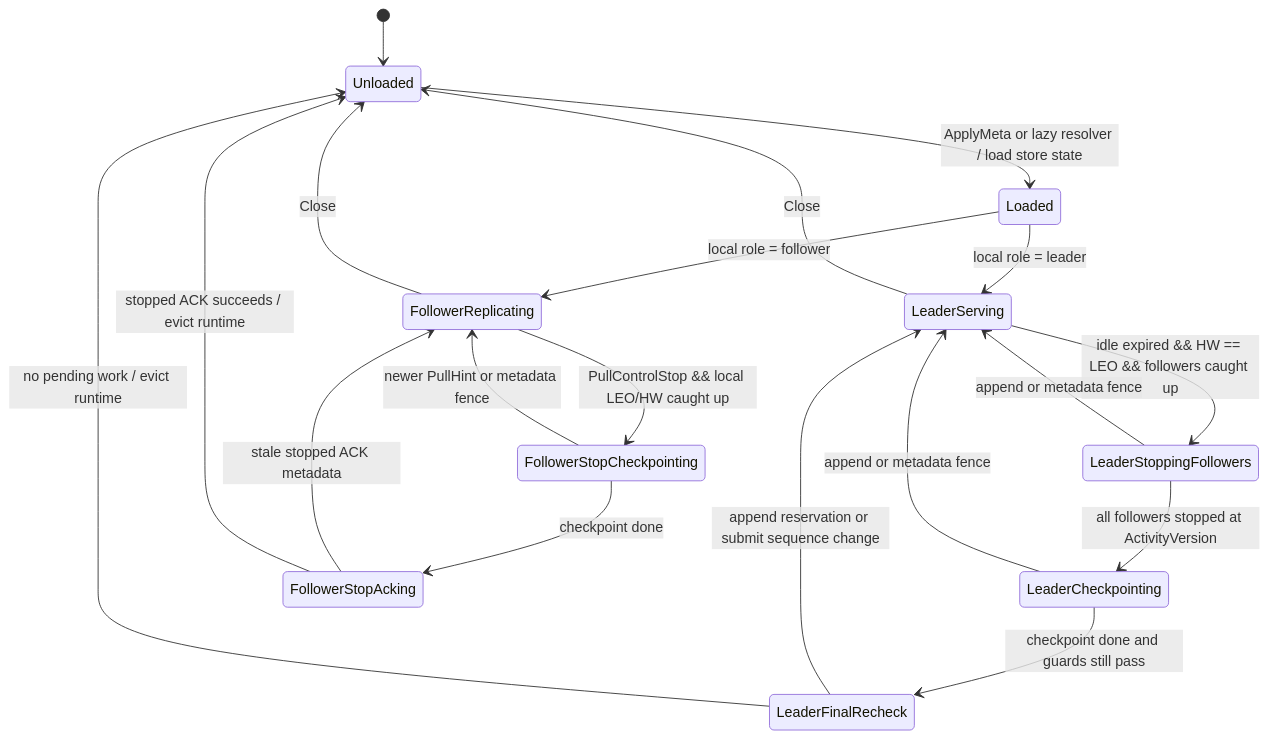
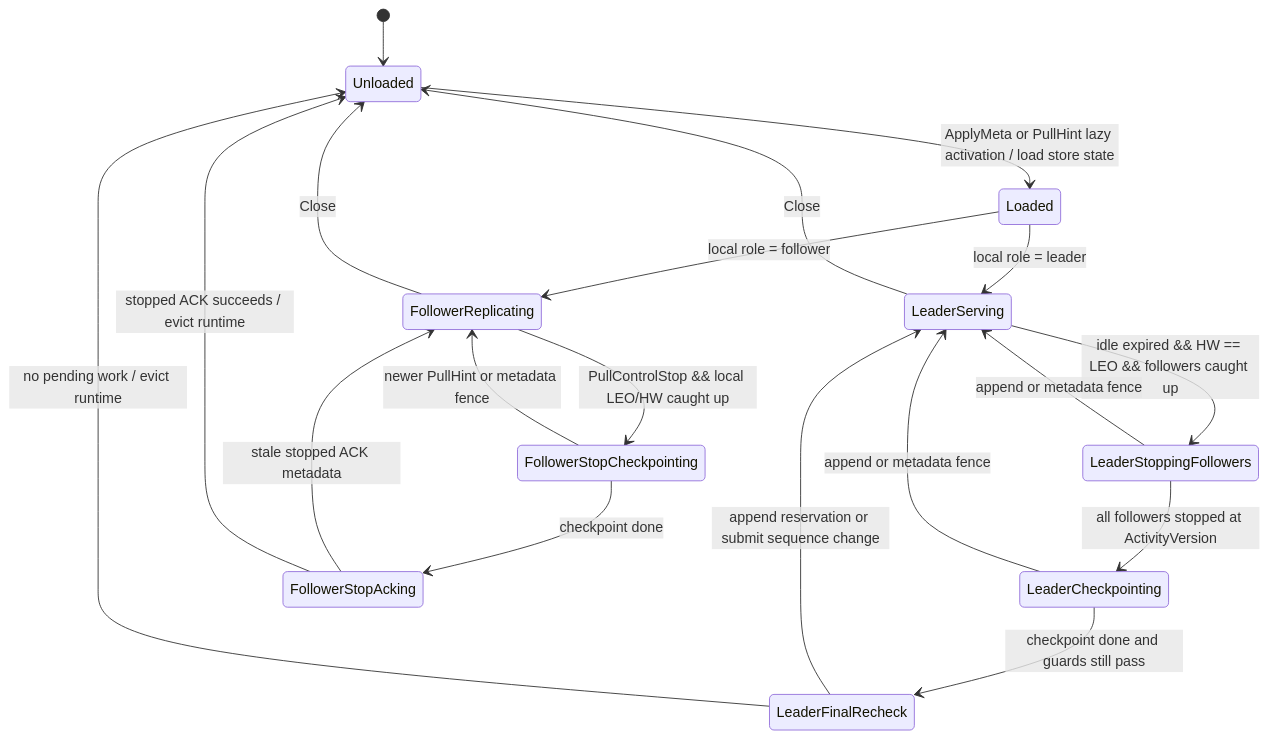
One commit to WuKongIM/WuKongIM changed the second of 2 diagrams in pkg/channelv2/FLOW.md. Above: the diagram before and after it, drawn with Mermaid. The commit also changed other lines of this file and 18 other files, not shown here.

````diff
--- a/pkg/channelv2/FLOW.md
+++ b/pkg/channelv2/FLOW.md
@@ -111,24 +107,24 @@
 ```mermaid
 stateDiagram-v2
     [*] --> Unloaded
-    Unloaded --> Loaded: ApplyMeta or lazy resolver / load store state
+    Unloaded --> Loaded: ApplyMeta or PullHint lazy activation / load store state
     Loaded --> LeaderServing: local role = leader
     Loaded --> FollowerReplicating: local role = follower
 
     LeaderServing --> LeaderStoppingFollowers: idle expired && HW == LEO && followers caught up
     LeaderStoppingFollowers --> LeaderServing: append or metadata fence
     LeaderStoppingFollowers --> LeaderCheckpointing: all followers stopped at ActivityVersion
     LeaderCheckpointing --> LeaderServing: append or metadata fence
     LeaderCheckpointing --> LeaderFinalRecheck: checkpoint done and guards still pass
     LeaderFinalRecheck --> LeaderServing: append reservation or submit sequence change
     LeaderFinalRecheck --> Unloaded: no pending work / evict runtime
 
     FollowerReplicating --> FollowerStopCheckpointing: PullControlStop && local LEO/HW caught up
     FollowerStopCheckpointing --> FollowerReplicating: newer PullHint or metadata fence
     FollowerStopCheckpointing --> FollowerStopAcking: checkpoint done
     FollowerStopAcking --> FollowerReplicating: stale stopped ACK metadata
     FollowerStopAcking --> Unloaded: stopped ACK succeeds / evict runtime
 
     LeaderServing --> Unloaded: Close
     FollowerReplicating --> Unloaded: Close
 ```
````
